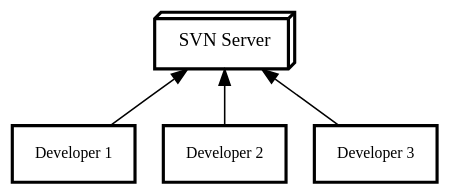
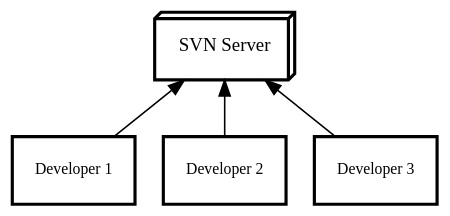
The diagram in slides/intro/src/docs/asciidoc/graphviz/svn-system.dot (Gepardec/git-training), drawn with Graphviz before and after one commit. The commit also changed 10 other files, not shown here.

```diff
--- a/slides/intro/src/docs/asciidoc/graphviz/svn-system.dot
+++ b/slides/intro/src/docs/asciidoc/graphviz/svn-system.dot
@@ -1,16 +1,16 @@
 digraph svn_system {
         bgcolor="transparent";
 
-        node[width=0.5,height=0.5, shape=circle,fontsize=12.0,shape="box3d"];
+        node[width=0.6,height=0.6, shape=circle,fontsize=12.0,shape="box3d"];
         "svn"[label="SVN Server",style="bold"];
 
-        node[width=0.5,height=0.5, shape=circle,fontsize=10.0,style="bold",shape="box"];
+        node[width=0.6,height=0.6, shape=circle,fontsize=10.0,style="bold",shape="box"];
         "dev_1"[label="Developer 1"];
         "dev_2"[label="Developer 2"];
         "dev_3"[label="Developer 3"];
 
         edge[weight=2,arrowhead=open,dir="back"]
         "svn" -> "dev_1"
         "svn" -> "dev_2"
         "svn" -> "dev_3"
 }
```
